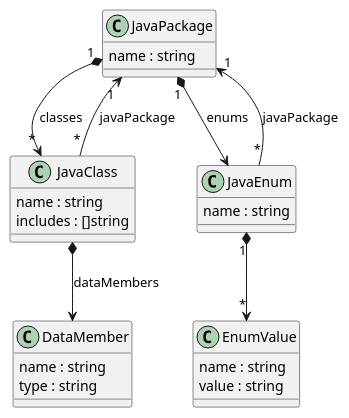
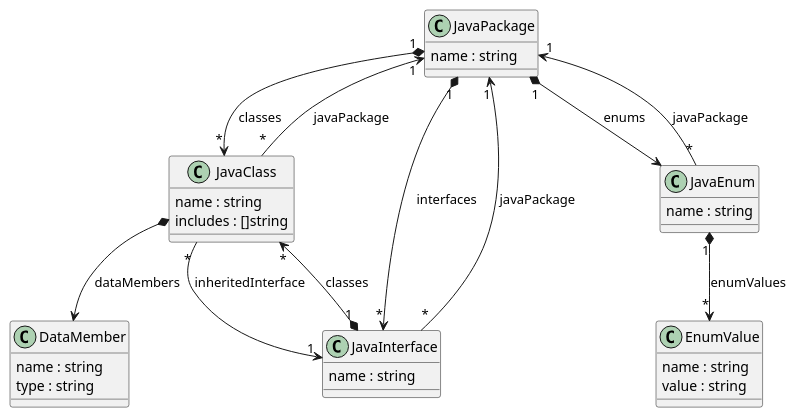
The diagram in uml/java-class.plantuml (techcobweb/openapi2beans), drawn with PlantUML before and after one commit. The commit also changed 4 other files, not shown here.

```diff
--- a/uml/java-class.plantuml
+++ b/uml/java-class.plantuml
@@ -1,36 +1,44 @@
 @startuml "java-class"
 
 class JavaPackage {
     {field} name : string
 }
 
 class JavaClass {
     {field} name : string
     {field} includes : []string
 }
 
 JavaClass "*" --> "1" JavaPackage : javaPackage
 JavaPackage "1" *--> "*" JavaClass : classes
 
 class DataMember {
     {field} name : string
     {field} type : string
 }
 
 JavaClass *--> DataMember : dataMembers
 
 class JavaEnum {
     {field} name : string
 }
 
 class EnumValue {
     {field} name : string
     {field} value : string
 }
 
-JavaEnum "1" *--> "*" EnumValue 
+JavaEnum "1" *--> "*" EnumValue : enumValues
 JavaPackage "1" *--> JavaEnum : enums
 JavaEnum "*" --> "1" JavaPackage : javaPackage
 
+class JavaInterface {
+    {field} name : string
+}
+
+JavaInterface "*" --> "1" JavaPackage : javaPackage
+JavaPackage "1" *--> "*" JavaInterface : interfaces
+JavaClass "*" --> "1" JavaInterface : inheritedInterface
+JavaInterface "1" *--> "*" JavaClass : classes
 
 @enduml
```
